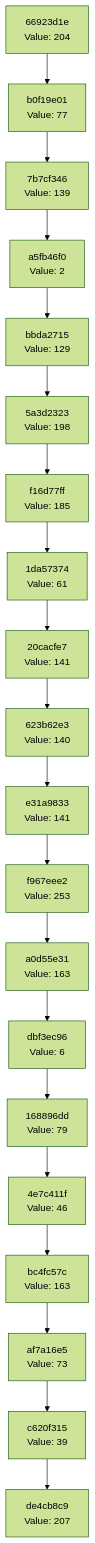
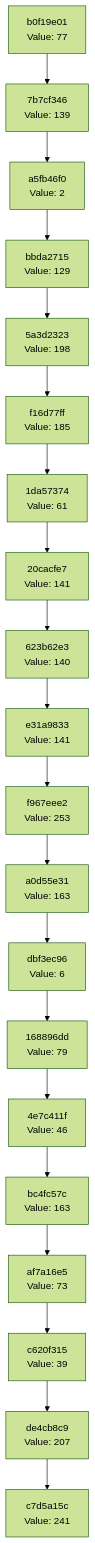
Before and after one commit to Abhisheksinha1506/hash-chain-evolver: the diagram in docs/CHAIN_VISUALIZATION.md, drawn with Mermaid (forest theme). The commit also changed 2 other files, not shown here.

Commit message:
Evolution Step

````diff
--- a/docs/CHAIN_VISUALIZATION.md
+++ b/docs/CHAIN_VISUALIZATION.md
@@ -3,42 +3,42 @@
 ```mermaid
 graph TD
-    C0["de4cb8c9<br/>Value: 207"]
-    C1["c620f315<br/>Value: 39"]
+    C0["c7d5a15c<br/>Value: 241"]
+    C1["de4cb8c9<br/>Value: 207"]
     C1 --> C0
-    C2["af7a16e5<br/>Value: 73"]
+    C2["c620f315<br/>Value: 39"]
     C2 --> C1
-    C3["bc4fc57c<br/>Value: 163"]
+    C3["af7a16e5<br/>Value: 73"]
     C3 --> C2
-    C4["4e7c411f<br/>Value: 46"]
+    C4["bc4fc57c<br/>Value: 163"]
     C4 --> C3
-    C5["168896dd<br/>Value: 79"]
+    C5["4e7c411f<br/>Value: 46"]
     C5 --> C4
-    C6["dbf3ec96<br/>Value: 6"]
+    C6["168896dd<br/>Value: 79"]
     C6 --> C5
-    C7["a0d55e31<br/>Value: 163"]
+    C7["dbf3ec96<br/>Value: 6"]
     C7 --> C6
-    C8["f967eee2<br/>Value: 253"]
+    C8["a0d55e31<br/>Value: 163"]
     C8 --> C7
-    C9["e31a9833<br/>Value: 141"]
+    C9["f967eee2<br/>Value: 253"]
     C9 --> C8
-    C10["623b62e3<br/>Value: 140"]
+    C10["e31a9833<br/>Value: 141"]
     C10 --> C9
-    C11["20cacfe7<br/>Value: 141"]
+    C11["623b62e3<br/>Value: 140"]
     C11 --> C10
-    C12["1da57374<br/>Value: 61"]
+    C12["20cacfe7<br/>Value: 141"]
     C12 --> C11
-    C13["f16d77ff<br/>Value: 185"]
+    C13["1da57374<br/>Value: 61"]
     C13 --> C12
-    C14["5a3d2323<br/>Value: 198"]
+    C14["f16d77ff<br/>Value: 185"]
     C14 --> C13
-    C15["bbda2715<br/>Value: 129"]
+    C15["5a3d2323<br/>Value: 198"]
     C15 --> C14
-    C16["a5fb46f0<br/>Value: 2"]
+    C16["bbda2715<br/>Value: 129"]
     C16 --> C15
-    C17["7b7cf346<br/>Value: 139"]
+    C17["a5fb46f0<br/>Value: 2"]
     C17 --> C16
-    C18["b0f19e01<br/>Value: 77"]
+    C18["7b7cf346<br/>Value: 139"]
     C18 --> C17
-    C19["66923d1e<br/>Value: 204"]
+    C19["b0f19e01<br/>Value: 77"]
     C19 --> C18
 ```
````
